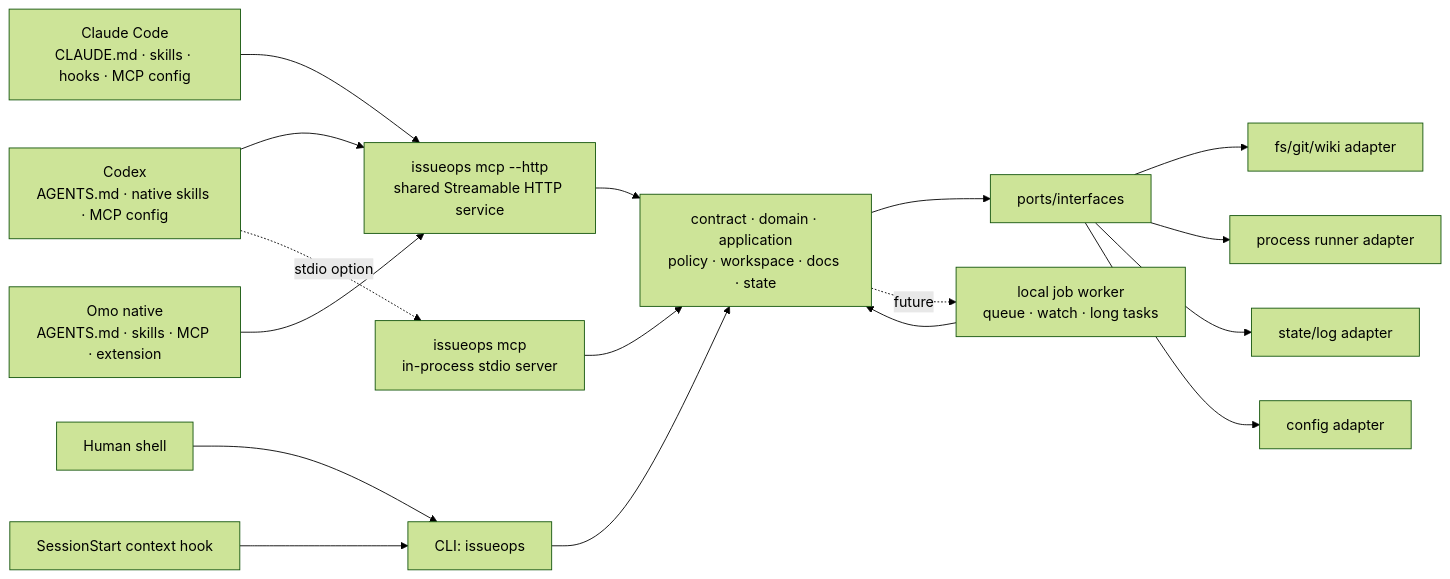
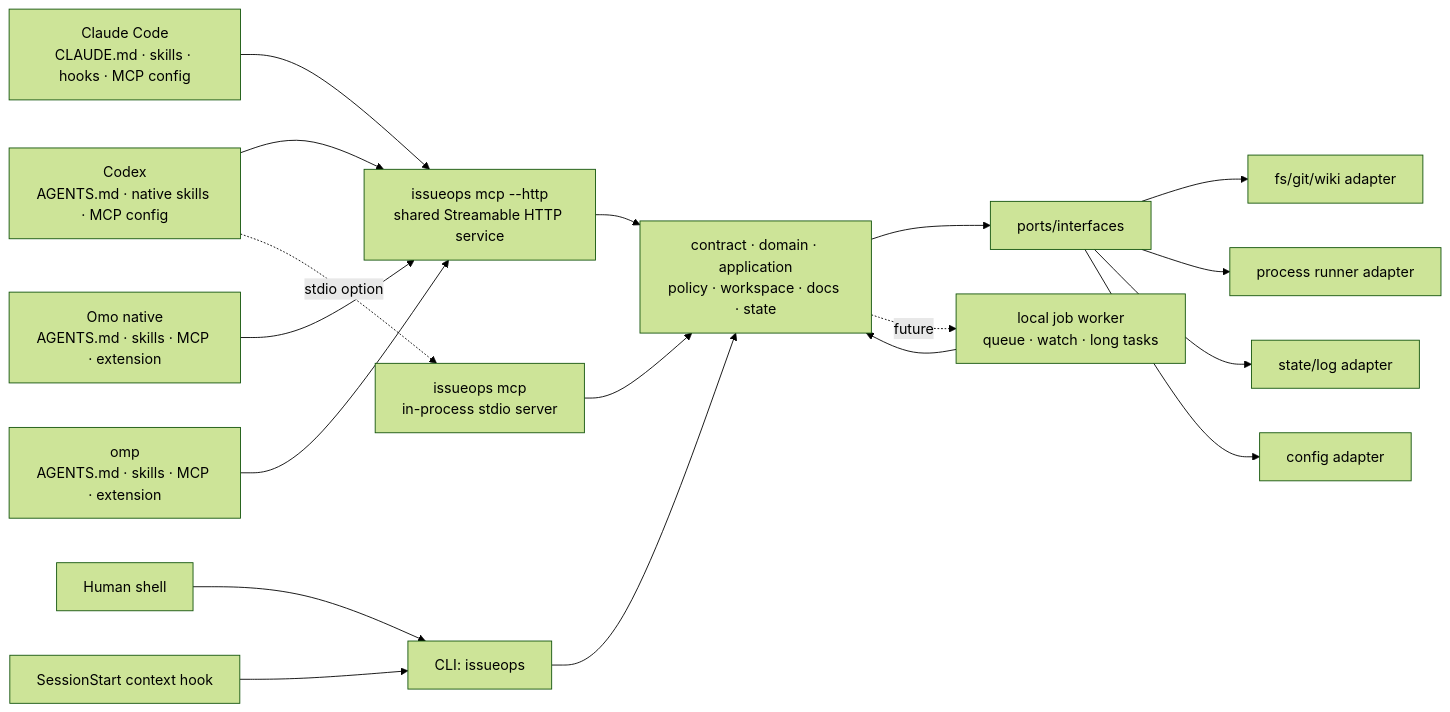
The diagram in .issueops/architecture/hexagonal-core.md (m16khb-org/issueops), drawn with Mermaid (forest theme) before and after one commit. The commit also changed other lines of this file and 25 other files, not shown here.

````diff
--- a/.issueops/architecture/hexagonal-core.md
+++ b/.issueops/architecture/hexagonal-core.md
@@ -22,21 +22,22 @@
 ```mermaid
 flowchart LR
     Codex["Codex<br/>AGENTS.md · native skills · MCP config"] --> MCP["issueops mcp --http<br/>shared Streamable HTTP service"]
     Claude["Claude Code<br/>CLAUDE.md · skills · hooks · MCP config"] --> MCP
     Omo["Omo native<br/>AGENTS.md · skills · MCP · extension"] --> MCP
+    Omp["omp<br/>AGENTS.md · skills · MCP · extension"] --> MCP
     Codex -. stdio option .-> Stdio["issueops mcp<br/>in-process stdio server"]
     Human["Human shell"] --> CLI["CLI: issueops"]
     Hook["SessionStart context hook"] --> CLI
 
     MCP --> Core
     Stdio --> Core["contract · domain · application<br/>policy · workspace · docs · state"]
     CLI --> Core
     Core --> Ports["ports/interfaces"]
     Ports --> FS["fs/git/wiki adapter"]
     Ports --> Proc["process runner adapter"]
     Ports --> State["state/log adapter"]
     Ports --> Config["config adapter"]
 
     Core -. future .-> Worker["local job worker<br/>queue · watch · long tasks"]
     Worker --> Core
 ```
````
